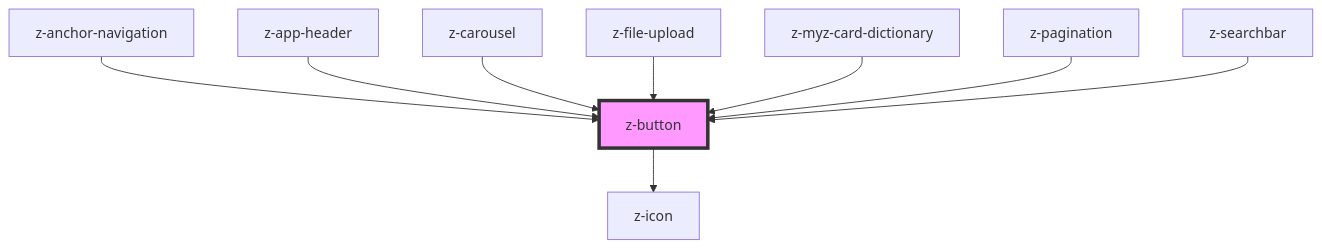
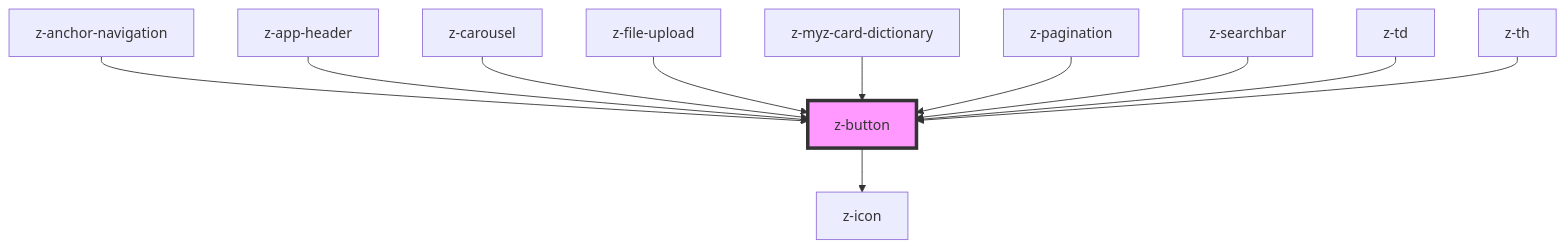
One commit to ZanichelliEditore/design-system changed the diagram in src/components/buttons/z-button/readme.md. Above: the diagram before and after it, drawn with Mermaid. The commit also changed other lines of this file and 23 other files, not shown here.

````diff
--- a/src/components/buttons/z-button/readme.md
+++ b/src/components/buttons/z-button/readme.md
@@ -124,12 +126,14 @@
 ```mermaid
 graph TD;
   z-button --> z-icon
   z-anchor-navigation --> z-button
   z-app-header --> z-button
   z-carousel --> z-button
   z-file-upload --> z-button
   z-myz-card-dictionary --> z-button
   z-pagination --> z-button
   z-searchbar --> z-button
+  z-td --> z-button
+  z-th --> z-button
   style z-button fill:#f9f,stroke:#333,stroke-width:4px
 ```
````
